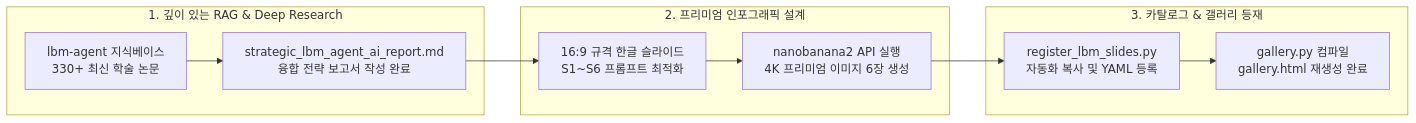
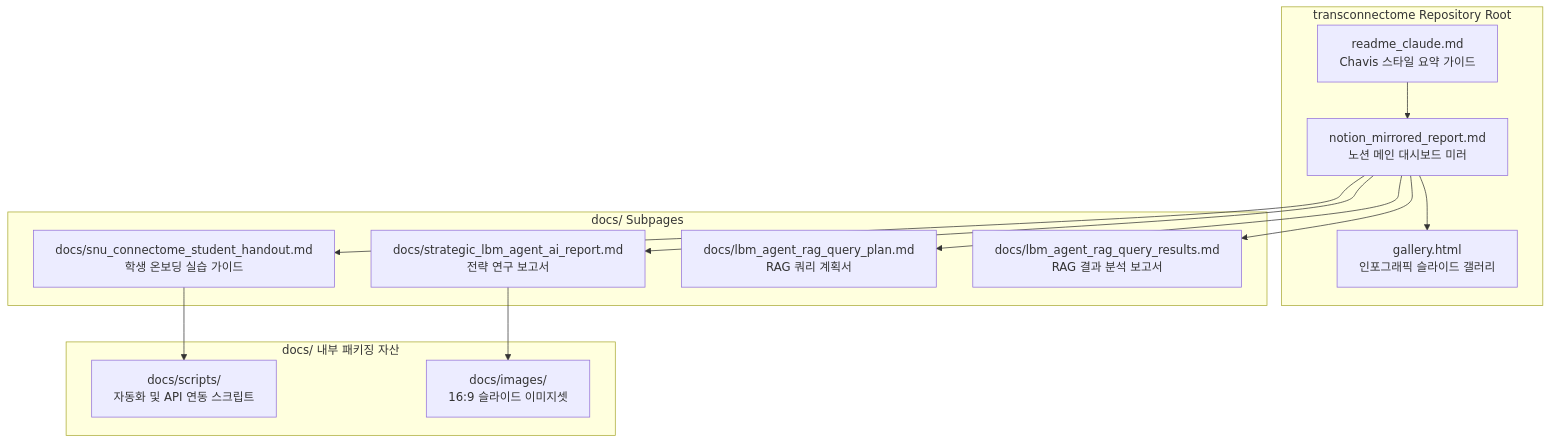
Before and after one commit to Transconnectome/lbm-agent: the diagram in docs/walkthrough.md, drawn with Mermaid. The commit also changed other lines of this file, not shown here.

````diff
--- a/docs/walkthrough.md
+++ b/docs/walkthrough.md
@@ -11,16 +11,19 @@
 ```mermaid
-graph LR
-    subgraph Research_Phase [1. 깊이 있는 RAG & Deep Research]
-        KB[lbm-agent 지식베이스<br>330+ 최신 학술 논문] --> Report[strategic_lbm_agent_ai_report.md<br>융합 전략 보고서 작성 완료]
+graph TD
+    subgraph Repo_Root [transconnectome Repository Root]
+        RM[readme_claude.md<br>Chavis 스타일 요약 가이드] --> NM[notion_mirrored_report.md<br>노션 메인 대시보드 미러]
+        NM --> GH[gallery.html<br>인포그래픽 슬라이드 갤러리]
     end
 
-    subgraph Visualization_Phase [2. 프리미엄 인포그래픽 설계]
-        Report --> Prompts[16:9 규격 한글 슬라이드<br>S1~S6 프롬프트 최적화]
-        Prompts --> Images[nanobanana2 API 실행<br>4K 프리미엄 이미지 6장 생성]
+    subgraph Docs_Folder [docs/ Subpages]
+        NM --> SR[docs/strategic_lbm_agent_ai_report.md<br>전략 연구 보고서]
+        NM --> SH[docs/snu_connectome_student_handout.md<br>학생 온보딩 실습 가이드]
+        NM --> RP[docs/lbm_agent_rag_query_plan.md<br>RAG 쿼리 계획서]
+        NM --> RR[docs/lbm_agent_rag_query_results.md<br>RAG 결과 분석 보고서]
     end
 
-    subgraph Registration_Phase [3. 카탈로그 & 갤러리 등재]
-        Images --> Script[register_lbm_slides.py<br>자동화 복사 및 YAML 등록]
-        Script --> Gallery[gallery.py 컴파일<br>gallery.html 재생성 완료]
+    subgraph Packaged_Assets [docs/ 내부 패키징 자산]
+        SH --> SC[docs/scripts/<br>자동화 및 API 연동 스크립트]
+        SR --> IM[docs/images/<br>16:9 슬라이드 이미지셋]
     end
 ```
````
